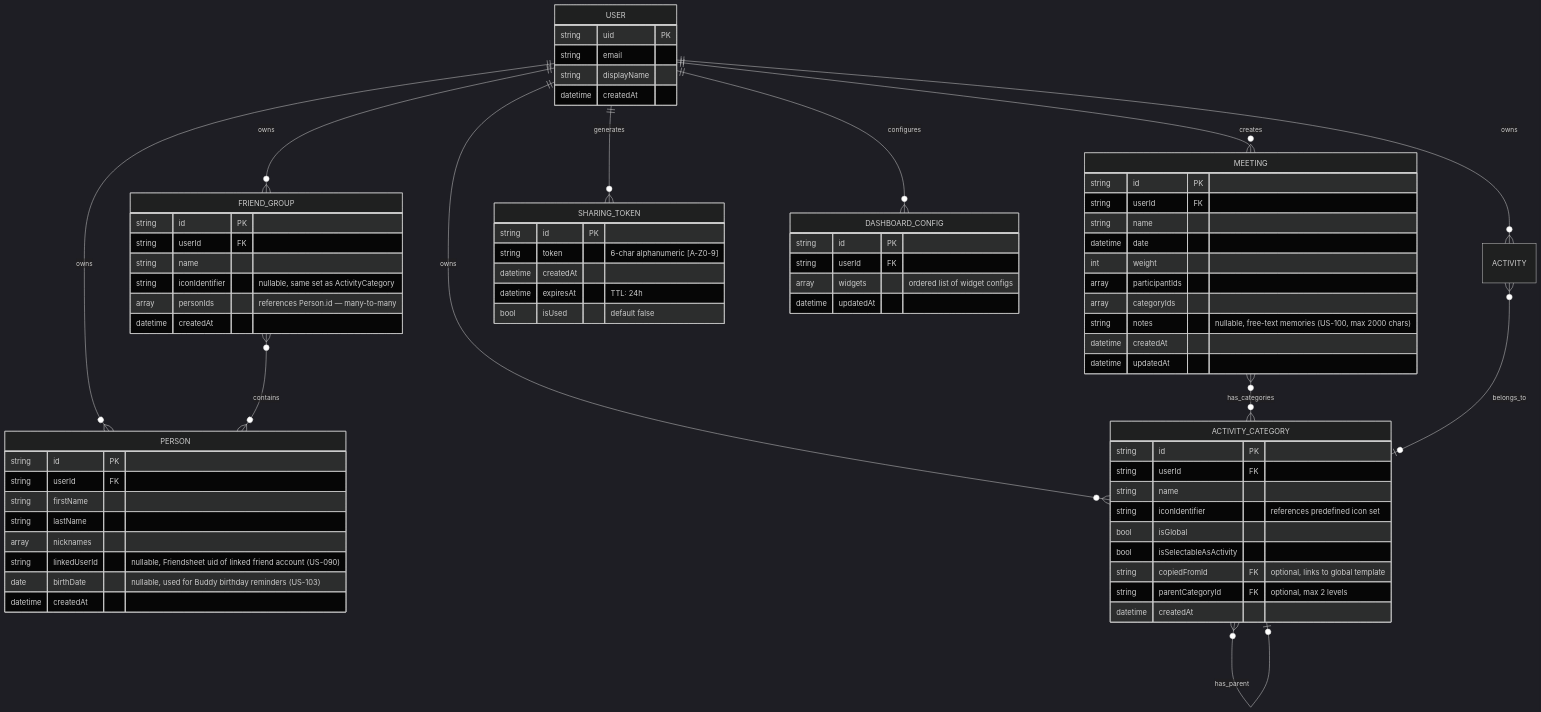
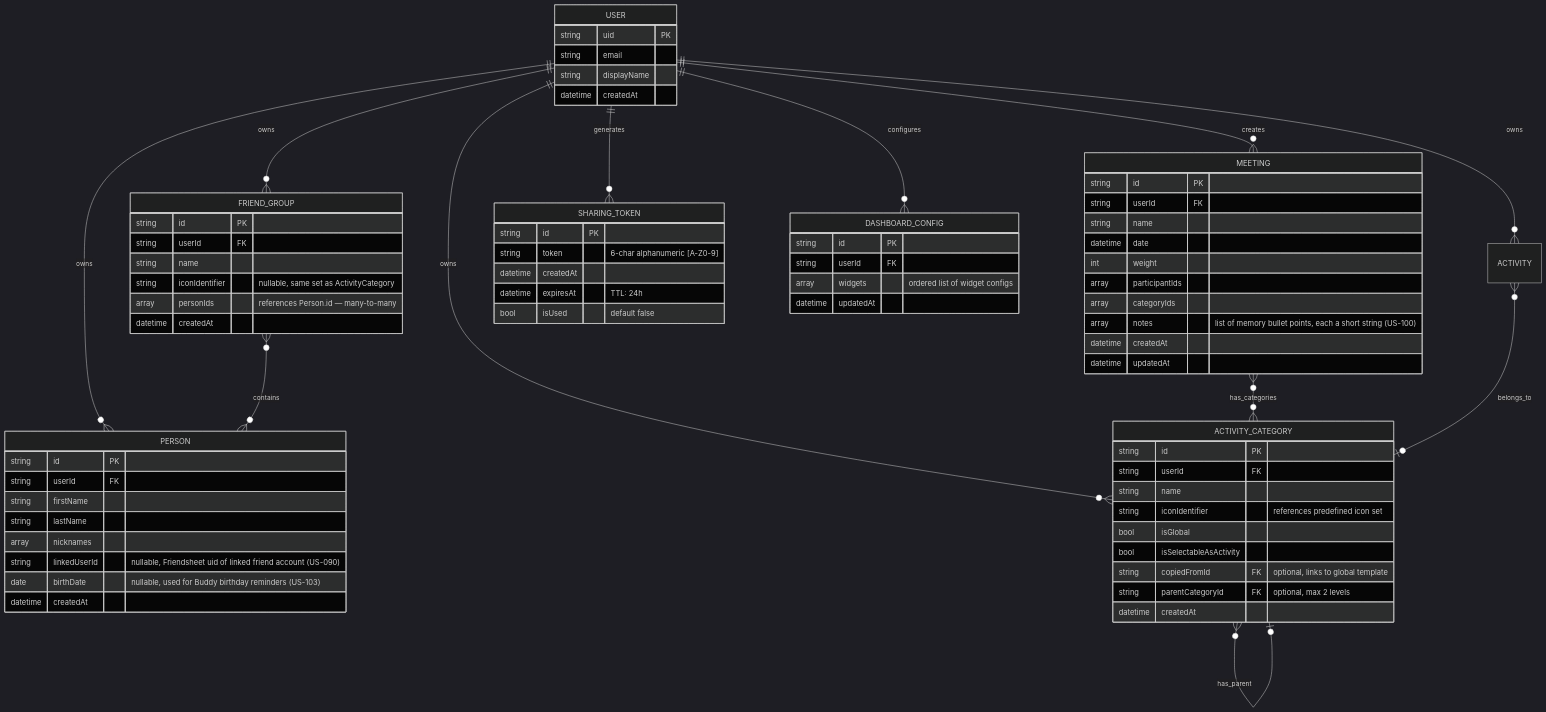
The second of 5 diagrams in docs/architecture.md (aleksanderginalski/Friendsheet-App), drawn with Mermaid (dark theme) before and after one commit. The commit also changed 4 other files, not shown here.

Commit message:
docs: update documentation for US-100 (BACKLOG.md, CHANGELOG.md, README.md, architecture.md, requirements.md)

````diff
--- a/docs/architecture.md
+++ b/docs/architecture.md
@@ -51,81 +51,81 @@
 ```mermaid
 erDiagram
     USER ||--o{ MEETING : creates
     USER ||--o{ PERSON : owns
     USER ||--o{ ACTIVITY : owns
     USER ||--o{ ACTIVITY_CATEGORY : owns
     USER ||--o{ FRIEND_GROUP : owns
     USER ||--o{ SHARING_TOKEN : generates
     USER ||--o{ DASHBOARD_CONFIG : configures
     MEETING }o--o{ ACTIVITY_CATEGORY : has_categories
     ACTIVITY }o--o| ACTIVITY_CATEGORY : belongs_to
     ACTIVITY_CATEGORY }o--o| ACTIVITY_CATEGORY : has_parent
     FRIEND_GROUP }o--o{ PERSON : contains
 
     USER {
         string uid PK
         string email
         string displayName
         datetime createdAt
     }
     
     MEETING {
         string id PK
         string userId FK
         string name
         datetime date
         int weight
         array participantIds
         array categoryIds
-        string notes "nullable, free-text memories (US-100, max 2000 chars)"
+        array notes "list of memory bullet points, each a short string (US-100)"
         datetime createdAt
         datetime updatedAt
     }
     
     PERSON {
         string id PK
         string userId FK
         string firstName
         string lastName
         array nicknames
         string linkedUserId "nullable, Friendsheet uid of linked friend account (US-090)"
         date birthDate "nullable, used for Buddy birthday reminders (US-103)"
         datetime createdAt
     }
     
     FRIEND_GROUP {
         string id PK
         string userId FK
         string name
         string iconIdentifier "nullable, same set as ActivityCategory"
         array personIds "references Person.id — many-to-many"
         datetime createdAt
     }
     
     ACTIVITY_CATEGORY {
         string id PK
         string userId FK
         string name
         string iconIdentifier "references predefined icon set"
         bool isGlobal
         bool isSelectableAsActivity
         string copiedFromId FK "optional, links to global template"
         string parentCategoryId FK "optional, max 2 levels"
         datetime createdAt
     }
 
     SHARING_TOKEN {
         string id PK
         string token "6-char alphanumeric [A-Z0-9]"
         datetime createdAt
         datetime expiresAt "TTL: 24h"
         bool isUsed "default false"
     }
 
     DASHBOARD_CONFIG {
         string id PK
         string userId FK
         array widgets "ordered list of widget configs"
         datetime updatedAt
     }
 ```
````
